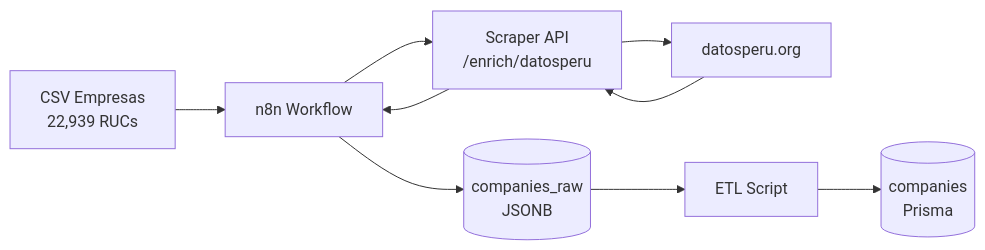
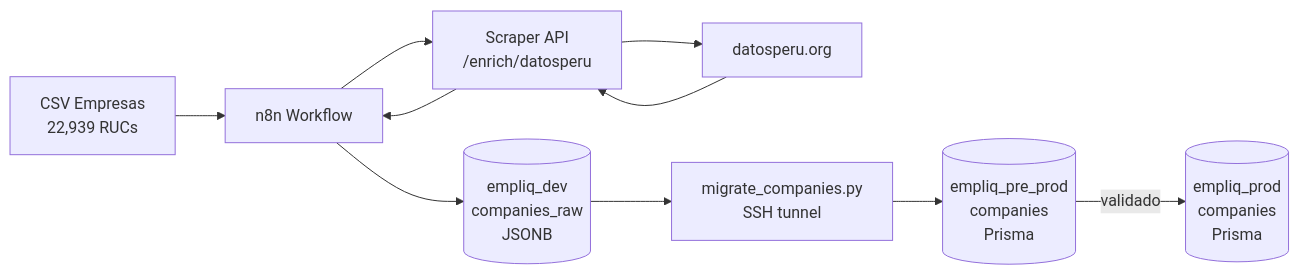
Before and after one commit to Mingbling1/CareerWiki: the fifth of 6 diagrams in docs/ARCHITECTURE.md, drawn with Mermaid. The commit also changed other lines of this file and 89 other files, not shown here.

````diff
--- a/docs/ARCHITECTURE.md
+++ b/docs/ARCHITECTURE.md
@@ -104,11 +186,12 @@
 ```mermaid
 flowchart LR
     CSV[CSV Empresas<br/>22,939 RUCs] --> N8N[n8n Workflow]
     N8N --> SCR[Scraper API<br/>/enrich/datosperu]
     SCR --> DP[datosperu.org]
     DP --> SCR
     SCR --> N8N
-    N8N --> DB[(companies_raw<br/>JSONB)]
-    DB --> ETL[ETL Script]
-    ETL --> PROD[(companies<br/>Prisma)]
+    N8N --> DEV[(empliq_dev<br/>companies_raw<br/>JSONB)]
+    DEV --> ETL[migrate_companies.py<br/>SSH tunnel]
+    ETL --> PRE[(empliq_pre_prod<br/>companies<br/>Prisma)]
+    PRE -->|validado| PROD[(empliq_prod<br/>companies<br/>Prisma)]
 ```
````
